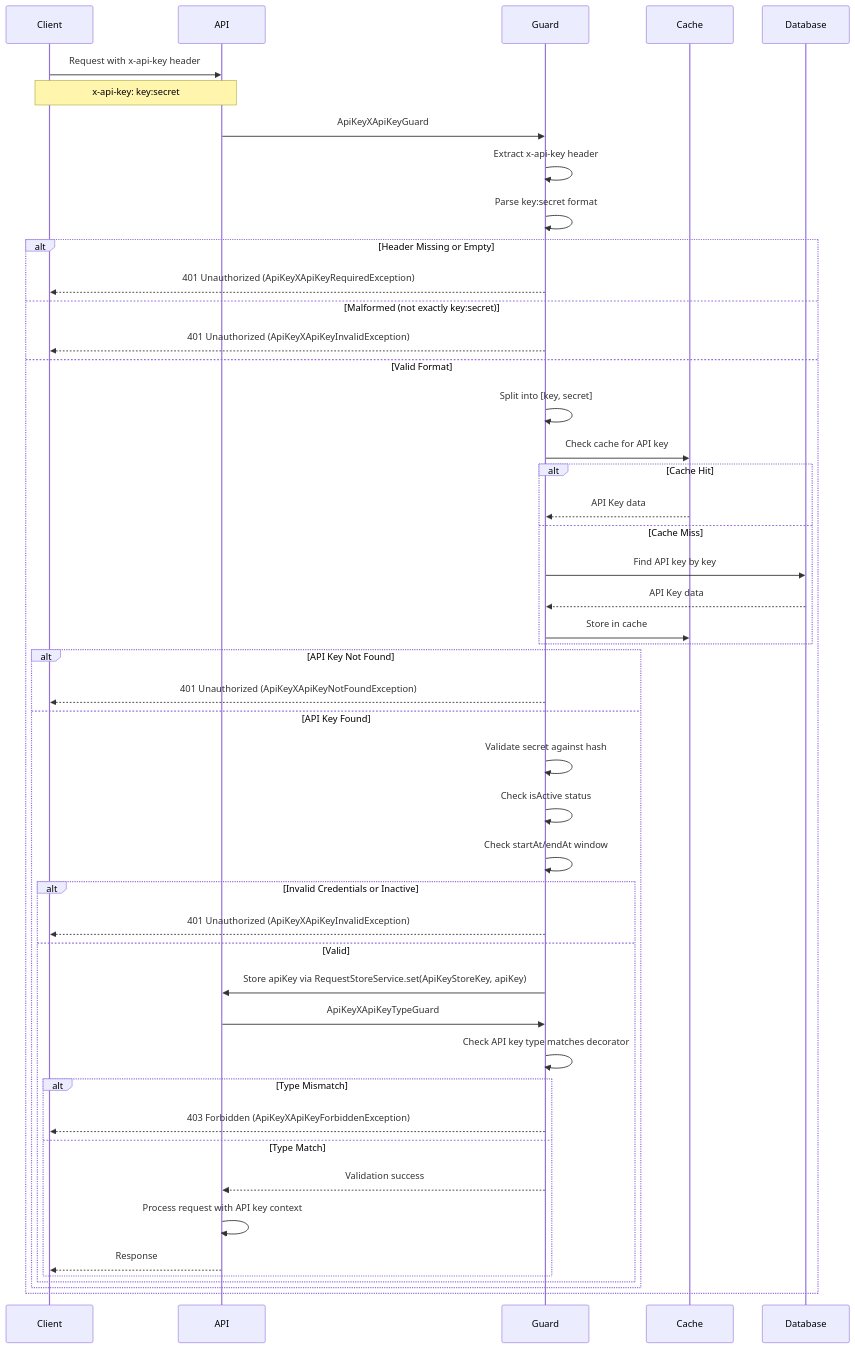
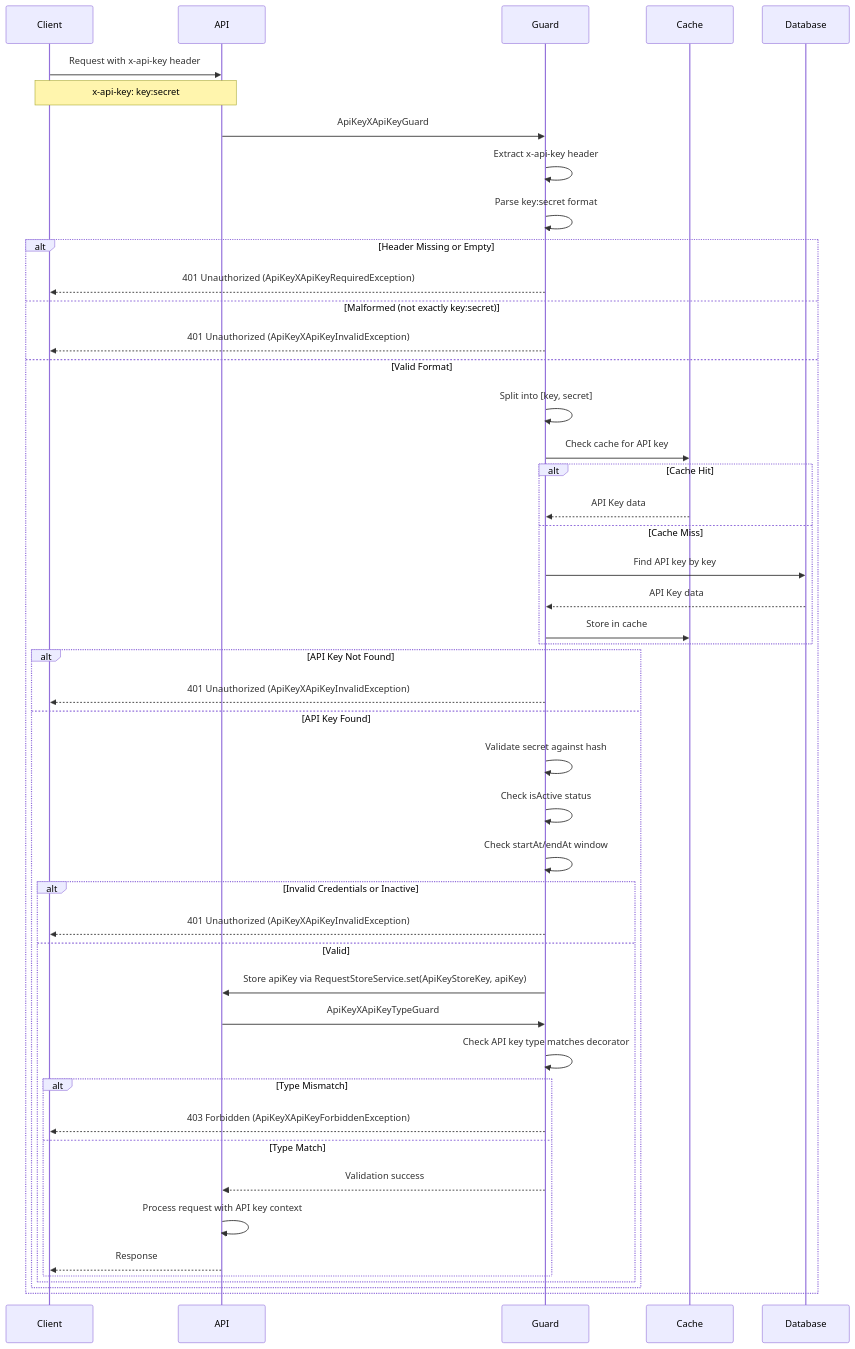
The eighth of 10 diagrams in docs/authentication.md (andrechristikan/ack-nestjs-boilerplate), drawn with Mermaid before and after one commit. The commit also changed other lines of this file and 29 other files, not shown here.

````diff
--- a/docs/authentication.md
+++ b/docs/authentication.md
@@ -1223,56 +1242,56 @@
 ```mermaid
 sequenceDiagram
     participant Client
     participant API
     participant Guard
     participant Cache
     participant Database
 
     Client->>API: Request with x-api-key header
     Note over Client,API: x-api-key: key:secret
 
     API->>Guard: ApiKeyXApiKeyGuard
     Guard->>Guard: Extract x-api-key header
     Guard->>Guard: Parse key:secret format
 
     alt Header Missing or Empty
         Guard-->>Client: 401 Unauthorized (ApiKeyXApiKeyRequiredException)
     else Malformed (not exactly key:secret)
         Guard-->>Client: 401 Unauthorized (ApiKeyXApiKeyInvalidException)
     else Valid Format
         Guard->>Guard: Split into [key, secret]
         Guard->>Cache: Check cache for API key
 
         alt Cache Hit
             Cache-->>Guard: API Key data
         else Cache Miss
             Guard->>Database: Find API key by key
             Database-->>Guard: API Key data
             Guard->>Cache: Store in cache
         end
 
         alt API Key Not Found
-            Guard-->>Client: 401 Unauthorized (ApiKeyXApiKeyNotFoundException)
+            Guard-->>Client: 401 Unauthorized (ApiKeyXApiKeyInvalidException)
         else API Key Found
             Guard->>Guard: Validate secret against hash
             Guard->>Guard: Check isActive status
             Guard->>Guard: Check startAt/endAt window
 
             alt Invalid Credentials or Inactive
                 Guard-->>Client: 401 Unauthorized (ApiKeyXApiKeyInvalidException)
             else Valid
                 Guard->>API: Store apiKey via RequestStoreService.set(ApiKeyStoreKey, apiKey)
                 API->>Guard: ApiKeyXApiKeyTypeGuard
                 Guard->>Guard: Check API key type matches decorator
 
                 alt Type Mismatch
                     Guard-->>Client: 403 Forbidden (ApiKeyXApiKeyForbiddenException)
                 else Type Match
                     Guard-->>API: Validation success
                     API->>API: Process request with API key context
                     API-->>Client: Response
                 end
             end
         end
     end
 ```
````
